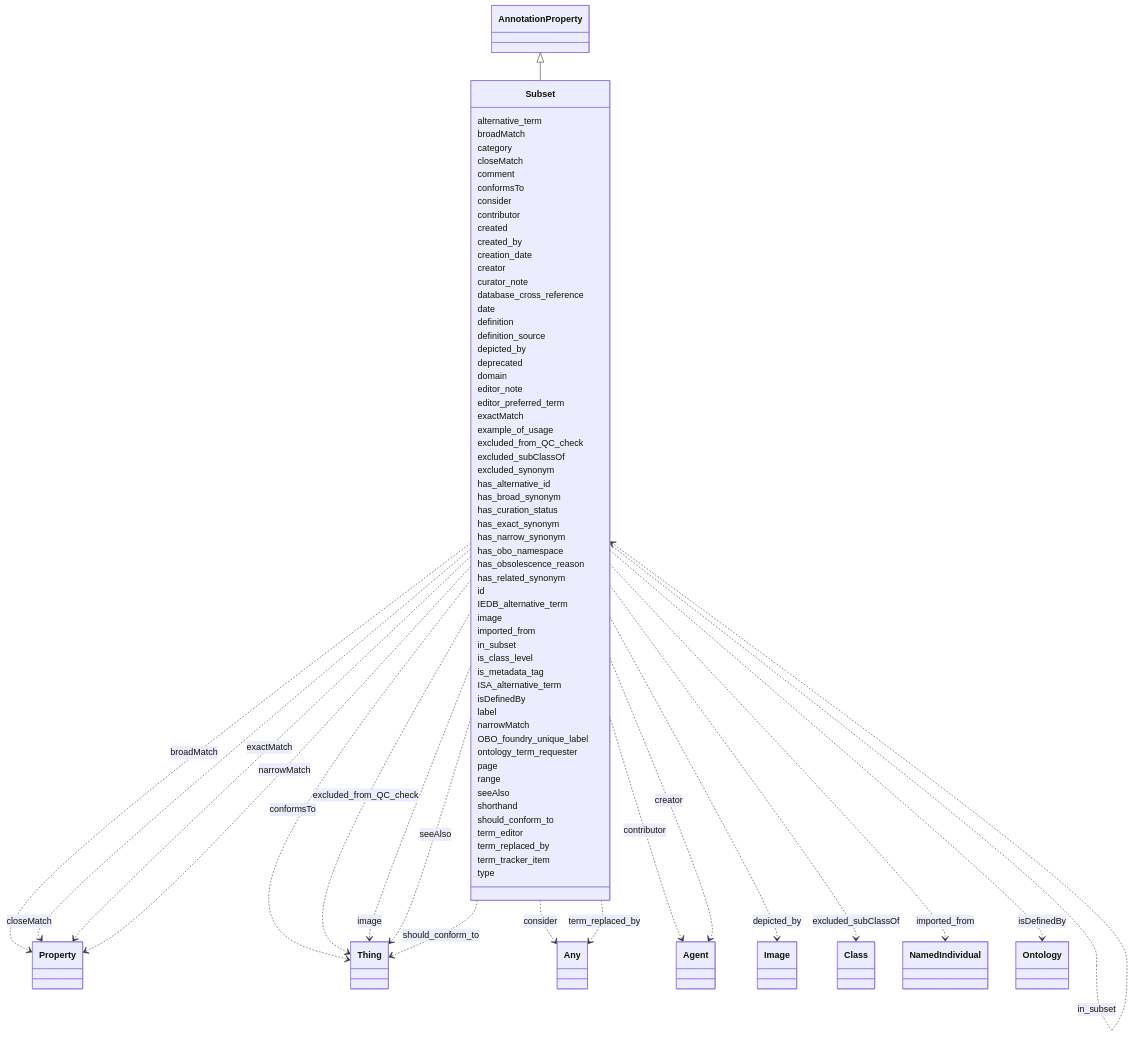
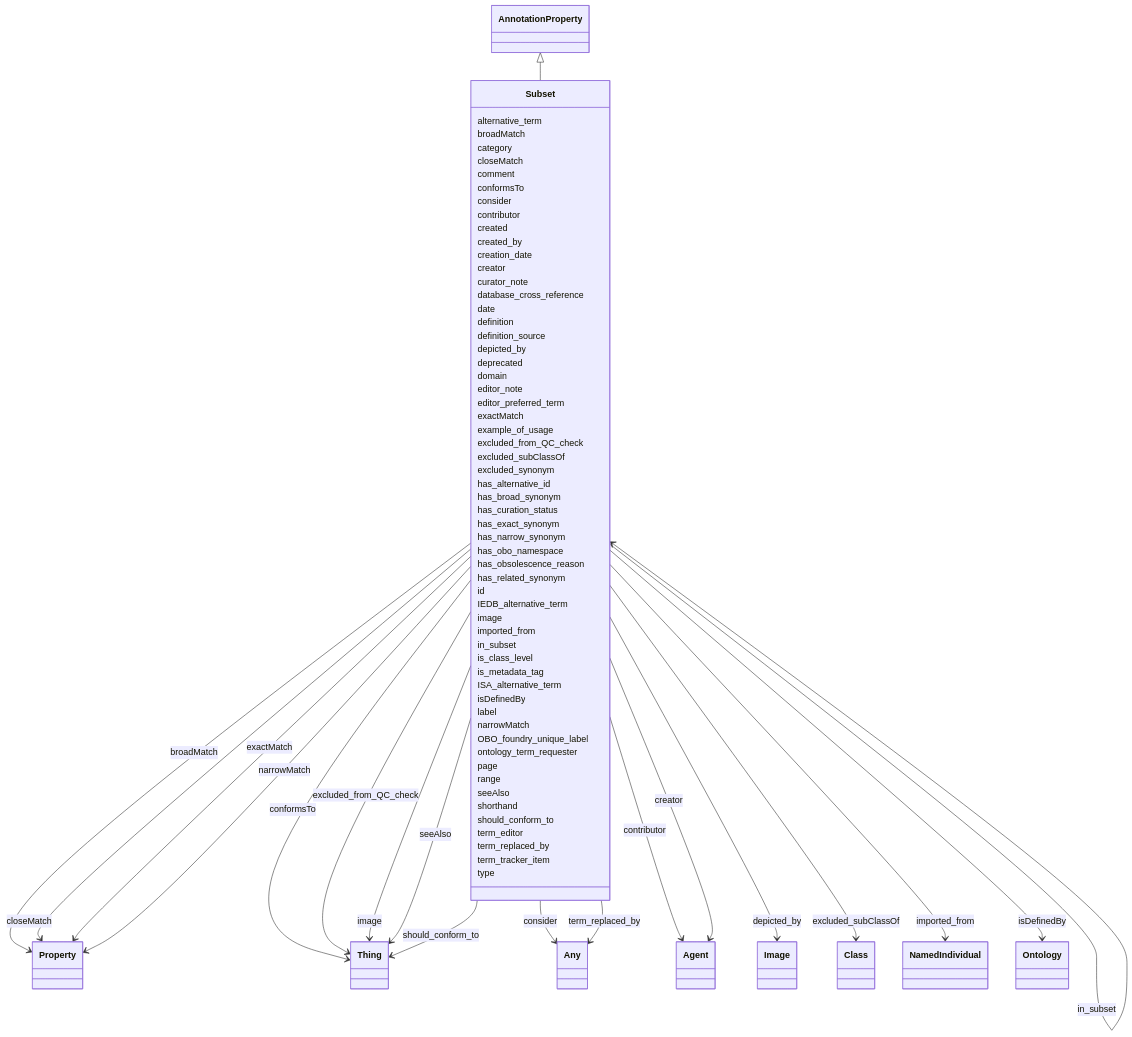
Before and after one commit to dalito/ontology-access-kit: the diagram in ontology-metadata/Subset.md, drawn with Mermaid. The commit also changed other lines of this file and 3370 other files, not shown here.

```diff
--- a/ontology-metadata/Subset.md
+++ b/ontology-metadata/Subset.md
@@ -17,27 +21,27 @@
         
       Subset : broadMatch
         
-          Subset ..> Property : broadMatch
+          Subset --> Property : broadMatch
         
       Subset : category
         
       Subset : closeMatch
         
-          Subset ..> Property : closeMatch
+          Subset --> Property : closeMatch
         
       Subset : comment
         
       Subset : conformsTo
         
-          Subset ..> Thing : conformsTo
+          Subset --> Thing : conformsTo
         
       Subset : consider
         
-          Subset ..> Any : consider
+          Subset --> Any : consider
         
       Subset : contributor
         
-          Subset ..> Agent : contributor
+          Subset --> Agent : contributor
         
       Subset : created
         
@@ -47,7 +51,7 @@
         
       Subset : creator
         
-          Subset ..> Agent : creator
+          Subset --> Agent : creator
         
       Subset : curator_note
         
@@ -61,7 +65,7 @@
         
       Subset : depicted_by
         
-          Subset ..> Image : depicted_by
+          Subset --> Image : depicted_by
         
       Subset : deprecated
         
@@ -73,17 +77,17 @@
         
       Subset : exactMatch
         
-          Subset ..> Property : exactMatch
+          Subset --> Property : exactMatch
         
       Subset : example_of_usage
         
       Subset : excluded_from_QC_check
         
-          Subset ..> Thing : excluded_from_QC_check
+          Subset --> Thing : excluded_from_QC_check
         
       Subset : excluded_subClassOf
         
-          Subset ..> Class : excluded_subClassOf
+          Subset --> Class : excluded_subClassOf
         
       Subset : excluded_synonym
         
@@ -109,15 +113,15 @@
         
       Subset : image
         
-          Subset ..> Thing : image
+          Subset --> Thing : image
         
       Subset : imported_from
         
-          Subset ..> NamedIndividual : imported_from
+          Subset --> NamedIndividual : imported_from
         
       Subset : in_subset
         
-          Subset ..> Subset : in_subset
+          Subset --> Subset : in_subset
         
       Subset : is_class_level
         
@@ -127,13 +131,13 @@
         
       Subset : isDefinedBy
         
-          Subset ..> Ontology : isDefinedBy
+          Subset --> Ontology : isDefinedBy
         
       Subset : label
         
       Subset : narrowMatch
         
-          Subset ..> Property : narrowMatch
+          Subset --> Property : narrowMatch
         
       Subset : OBO_foundry_unique_label
         
@@ -145,19 +149,19 @@
         
       Subset : seeAlso
         
-          Subset ..> Thing : seeAlso
+          Subset --> Thing : seeAlso
         
       Subset : shorthand
         
       Subset : should_conform_to
         
-          Subset ..> Thing : should_conform_to
+          Subset --> Thing : should_conform_to
         
       Subset : term_editor
         
       Subset : term_replaced_by
         
-          Subset ..> Any : term_replaced_by
+          Subset --> Any : term_replaced_by
         
       Subset : term_tracker_item
         
```
